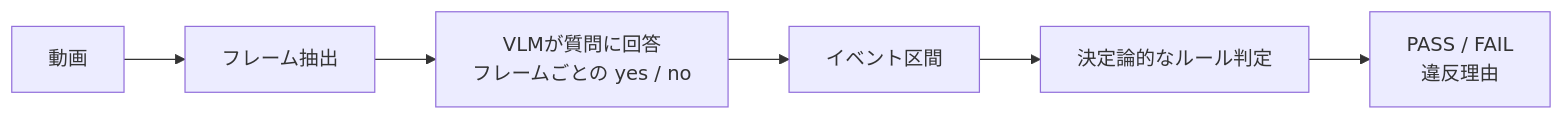
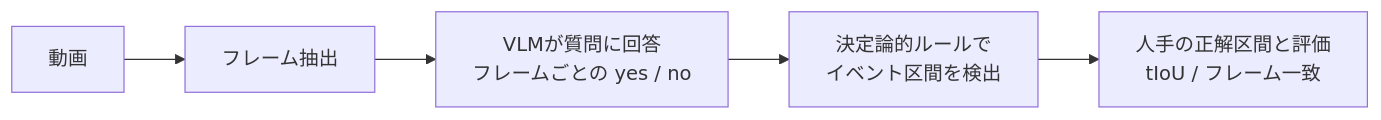
One commit to shure-dev/small_vlm_video_analysis changed the diagram in README.md. Above: the diagram before and after it, drawn with Mermaid. The commit also changed other lines of this file and 47 other files, not shown here.

````diff
--- a/README.md
+++ b/README.md
@@ -63,8 +68,7 @@
 ```mermaid
 flowchart LR
     A[動画] --> B[フレーム抽出]
     B --> C[VLMが質問に回答<br/>フレームごとの yes / no]
-    C --> D[イベント区間]
-    D --> E[決定論的なルール判定]
-    E --> F[PASS / FAIL<br/>違反理由]
+    C --> D[決定論的ルールで<br/>イベント区間を検出]
+    D --> E[人手の正解区間と評価<br/>tIoU / フレーム一致]
 ```
````
